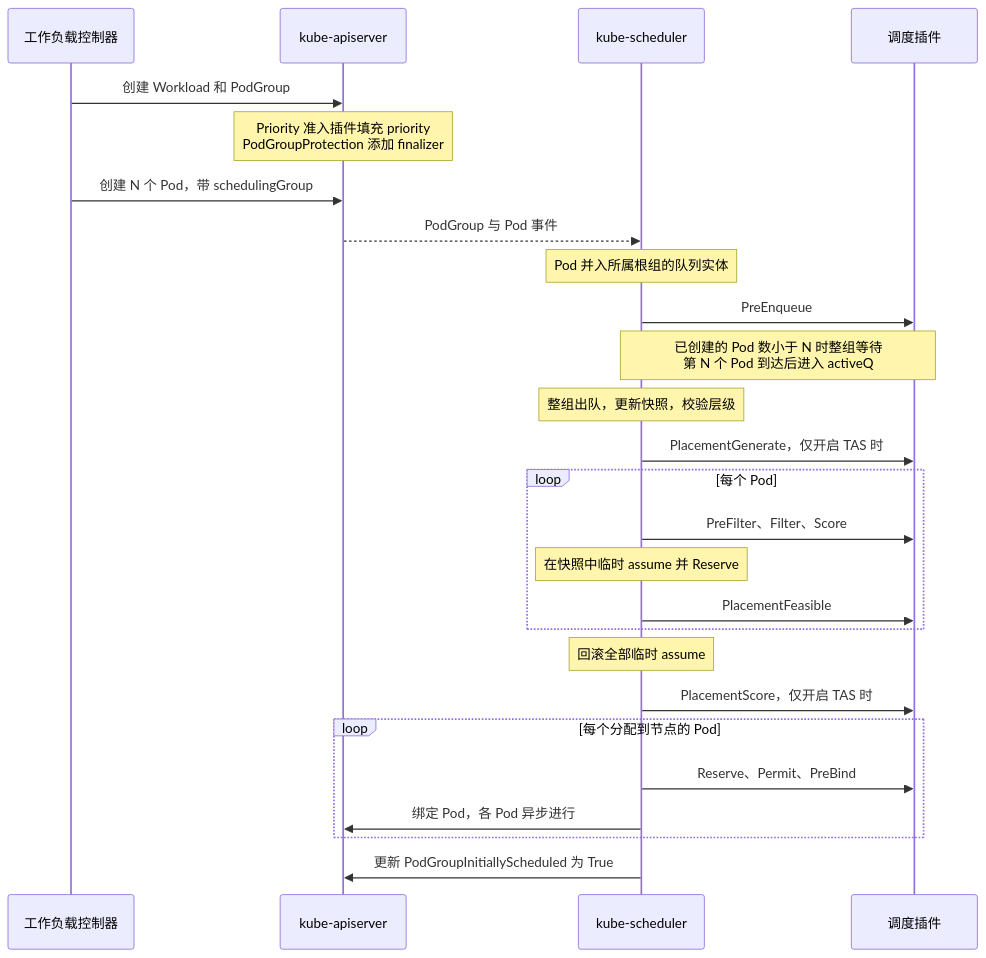
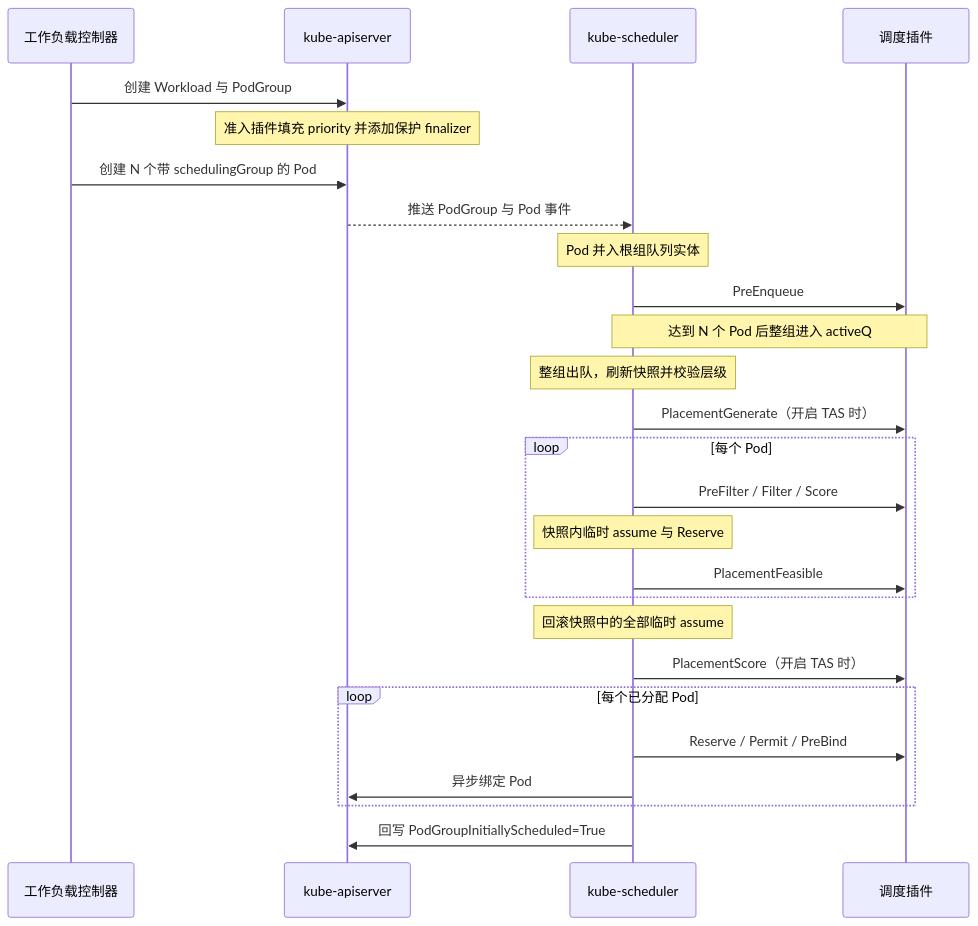
Before and after one commit to JesseStutler/volcano: the fourth of 15 diagrams in docs/research/k8s-workload-aware-scheduling-vs-volcano-cn.md, drawn with Mermaid. The commit also changed other lines of this file and 1 other file, not shown here.

First line of the commit message:
docs: improve readability of upstream PodGroup vs Volcano report

````diff
--- a/docs/research/k8s-workload-aware-scheduling-vs-volcano-cn.md
+++ b/docs/research/k8s-workload-aware-scheduling-vs-volcano-cn.md
@@ -182,29 +150,29 @@
 ```mermaid
 sequenceDiagram
     participant C as 工作负载控制器
     participant A as kube-apiserver
     participant S as kube-scheduler
     participant P as 调度插件
 
-    C->>A: 创建 Workload 和 PodGroup
-    Note over A: Priority 准入插件填充 priority<br/>PodGroupProtection 添加 finalizer
-    C->>A: 创建 N 个 Pod，带 schedulingGroup
-    A-->>S: PodGroup 与 Pod 事件
-    Note over S: Pod 并入所属根组的队列实体
+    C->>A: 创建 Workload 与 PodGroup
+    Note over A: 准入插件填充 priority 并添加保护 finalizer
+    C->>A: 创建 N 个带 schedulingGroup 的 Pod
+    A-->>S: 推送 PodGroup 与 Pod 事件
+    Note over S: Pod 并入根组队列实体
     S->>P: PreEnqueue
-    Note over S,P: 已创建的 Pod 数小于 N 时整组等待<br/>第 N 个 Pod 到达后进入 activeQ
-    Note over S: 整组出队，更新快照，校验层级
-    S->>P: PlacementGenerate，仅开启 TAS 时
+    Note over S,P: 达到 N 个 Pod 后整组进入 activeQ
+    Note over S: 整组出队，刷新快照并校验层级
+    S->>P: PlacementGenerate（开启 TAS 时）
     loop 每个 Pod
-        S->>P: PreFilter、Filter、Score
-        Note over S: 在快照中临时 assume 并 Reserve
+        S->>P: PreFilter / Filter / Score
+        Note over S: 快照内临时 assume 与 Reserve
         S->>P: PlacementFeasible
     end
-    Note over S: 回滚全部临时 assume
-    S->>P: PlacementScore，仅开启 TAS 时
-    loop 每个分配到节点的 Pod
-        S->>P: Reserve、Permit、PreBind
-        S->>A: 绑定 Pod，各 Pod 异步进行
+    Note over S: 回滚快照中的全部临时 assume
+    S->>P: PlacementScore（开启 TAS 时）
+    loop 每个已分配 Pod
+        S->>P: Reserve / Permit / PreBind
+        S->>A: 异步绑定 Pod
     end
-    S->>A: 更新 PodGroupInitiallyScheduled 为 True
+    S->>A: 回写 PodGroupInitiallyScheduled=True
 ```
````
